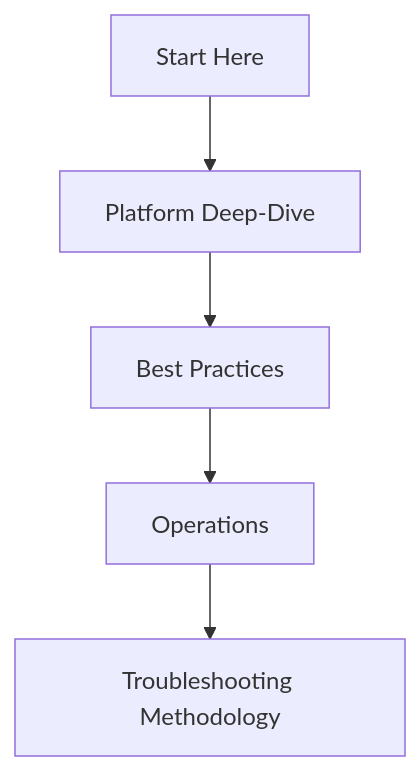
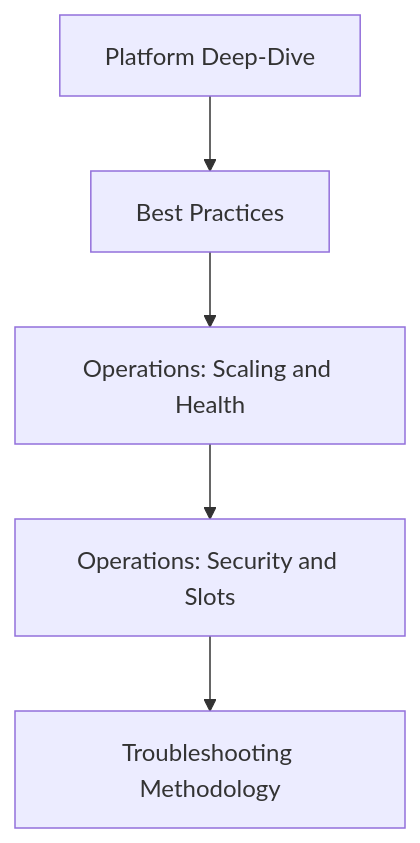
The third of 4 diagrams in docs/start-here/learning-paths.md (yeongseon/azure-app-service-practical-guide), drawn with Mermaid before and after one commit. The commit also changed other lines of this file, not shown here.

````diff
--- a/docs/start-here/learning-paths.md
+++ b/docs/start-here/learning-paths.md
@@ -65,7 +113,7 @@
 ```mermaid
-graph TD
-    A[Start Here] --> B[Platform Deep-Dive]
-    B --> BP[Best Practices]
-    BP --> C[Operations]
-    C --> D[Troubleshooting Methodology]
+flowchart TD
+    A[Platform Deep-Dive] --> B[Best Practices]
+    B --> C[Operations: Scaling and Health]
+    C --> D[Operations: Security and Slots]
+    D --> E[Troubleshooting Methodology]
 ```
````
